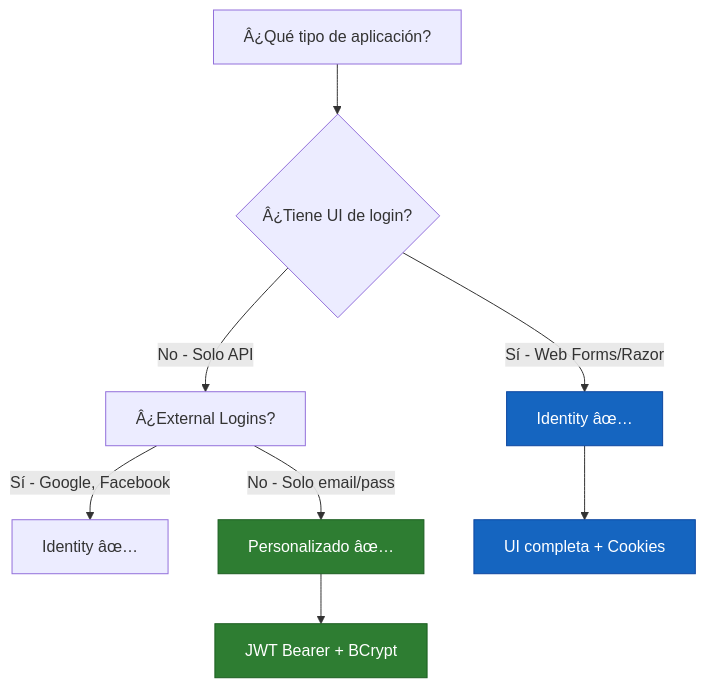
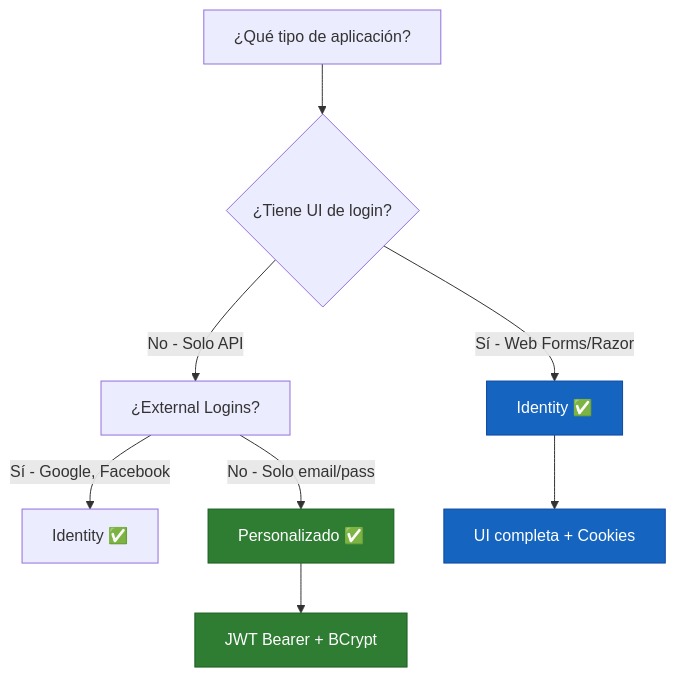
One commit to joseluisgs/TiendaDawApi-Cqrs-MediatR-NetCore changed diagram 12 of 13 in doc/17-jwt-authentication.md. Above: the diagram before and after it, drawn with Mermaid. The commit also changed other lines of this file and 27 other files, not shown here.

````diff
--- a/doc/17-jwt-authentication.md
+++ b/doc/17-jwt-authentication.md
@@ -1964,16 +1964,16 @@
 ```mermaid
 flowchart TD
-    A[Â¿Qué tipo de aplicación?] --> B{Â¿Tiene UI de login?}
-    B -->|Sí - Web Forms/Razor| C[Identity âœ…]
-    B -->|No - Solo API| D[Â¿External Logins?]
-    D -->|Sí - Google, Facebook| E[Identity âœ…]
-    D -->|No - Solo email/pass| F[Personalizado âœ…]
+    A[¿Qué tipo de aplicación?] --> B{¿Tiene UI de login?}
+    B -->|Sí - Web Forms/Razor| C[Identity ✅]
+    B -->|No - Solo API| D[¿External Logins?]
+    D -->|Sí - Google, Facebook| E[Identity ✅]
+    D -->|No - Solo email/pass| F[Personalizado ✅]
     
     C --> G["UI completa + Cookies"]
     F --> H["JWT Bearer + BCrypt"]
     
     style C fill:#1565c0,stroke:#0d47a1,color:#fff
     style F fill:#2e7d32,stroke:#1b5e20,color:#fff
     style G fill:#1565c0,stroke:#0d47a1,color:#fff
     style H fill:#2e7d32,stroke:#1b5e20,color:#fff
 ```
````
